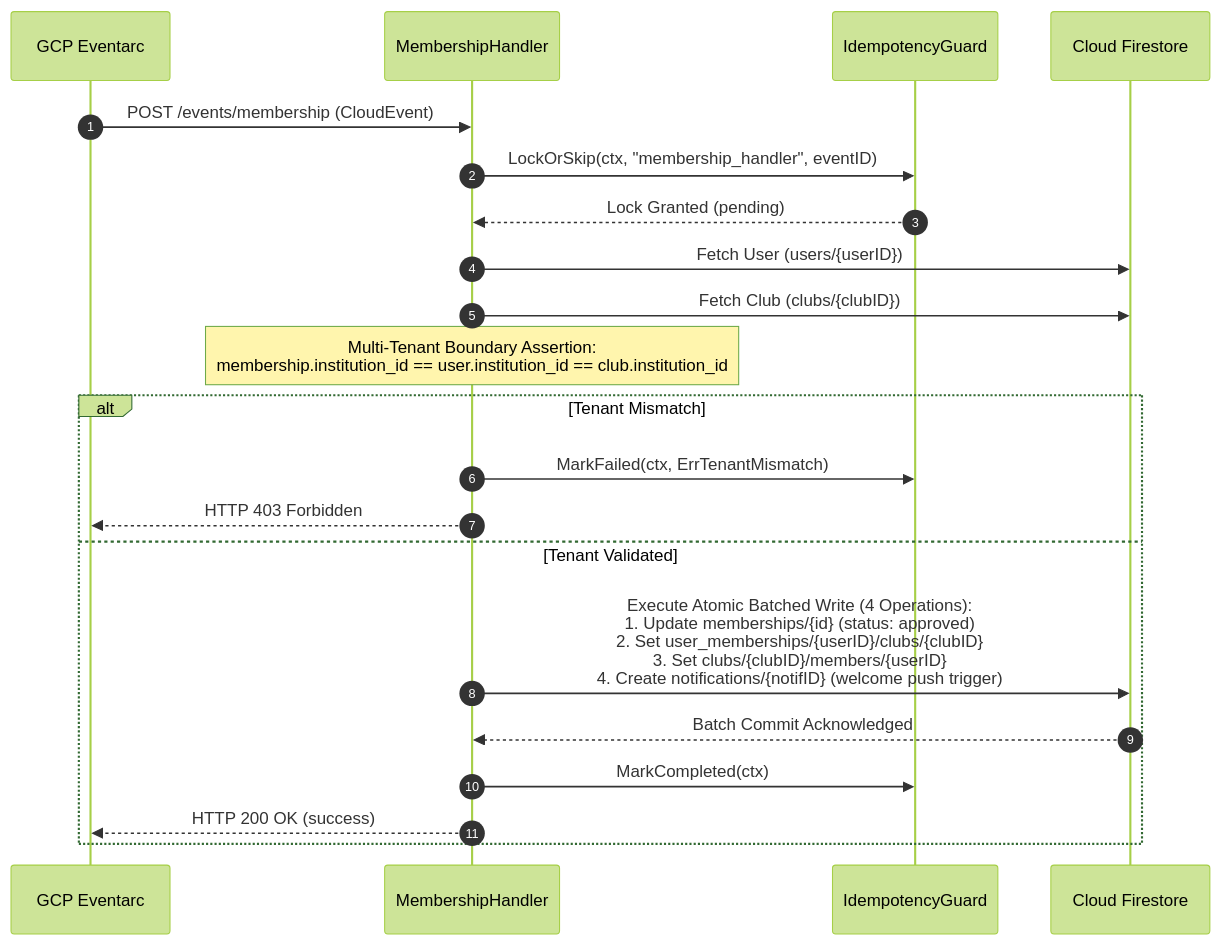
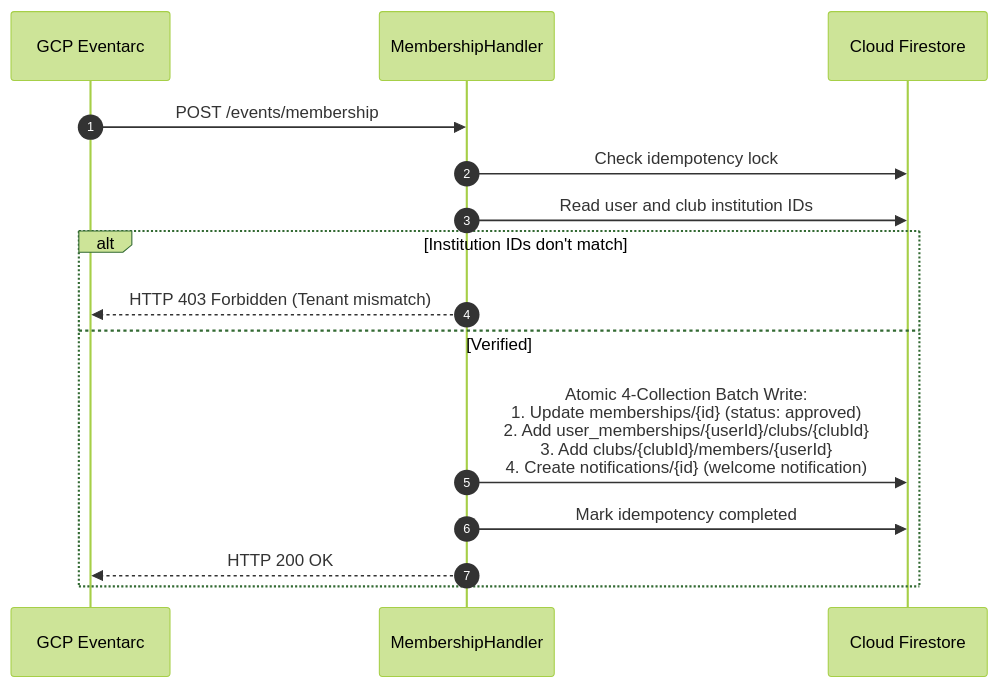
One commit to vkshdev/klubconnect changed the third of 4 diagrams in BACKEND_DESIGN.md. Above: the diagram before and after it, drawn with Mermaid (forest theme). The commit also changed other lines of this file and 1 other file, not shown here.

Commit message:
updated and refactor architecture docs

````diff
--- a/BACKEND_DESIGN.md
+++ b/BACKEND_DESIGN.md
@@ -135,27 +111,19 @@
 ```mermaid
 sequenceDiagram
     autonumber
     participant Eventarc as GCP Eventarc
     participant Handler as MembershipHandler
-    participant Guard as IdempotencyGuard
     participant DB as Cloud Firestore
     
-    Eventarc->>Handler: POST /events/membership (CloudEvent)
-    Handler->>Guard: LockOrSkip(ctx, "membership_handler", eventID)
-    Guard-->>Handler: Lock Granted (pending)
+    Eventarc->>Handler: POST /events/membership
+    Handler->>DB: Check idempotency lock
+    Handler->>DB: Read user and club institution IDs
     
-    Handler->>DB: Fetch User (users/{userID})
-    Handler->>DB: Fetch Club (clubs/{clubID})
-    
-    Note over Handler: Multi-Tenant Boundary Assertion:<br/>membership.institution_id == user.institution_id == club.institution_id
-    
-    alt Tenant Mismatch
-        Handler->>Guard: MarkFailed(ctx, ErrTenantMismatch)
-        Handler-->>Eventarc: HTTP 403 Forbidden
-    else Tenant Validated
-        Handler->>DB: Execute Atomic Batched Write (4 Operations):<br/>1. Update memberships/{id} (status: approved)<br/>2. Set user_memberships/{userID}/clubs/{clubID}<br/>3. Set clubs/{clubID}/members/{userID}<br/>4. Create notifications/{notifID} (welcome push trigger)
-        DB-->>Handler: Batch Commit Acknowledged
-        Handler->>Guard: MarkCompleted(ctx)
-        Handler-->>Eventarc: HTTP 200 OK (success)
+    alt Institution IDs don't match
+        Handler-->>Eventarc: HTTP 403 Forbidden (Tenant mismatch)
+    else Verified
+        Handler->>DB: Atomic 4-Collection Batch Write:<br/>1. Update memberships/{id} (status: approved)<br/>2. Add user_memberships/{userId}/clubs/{clubId}<br/>3. Add clubs/{clubId}/members/{userId}<br/>4. Create notifications/{id} (welcome notification)
+        Handler->>DB: Mark idempotency completed
+        Handler-->>Eventarc: HTTP 200 OK
     end
 ```
````
